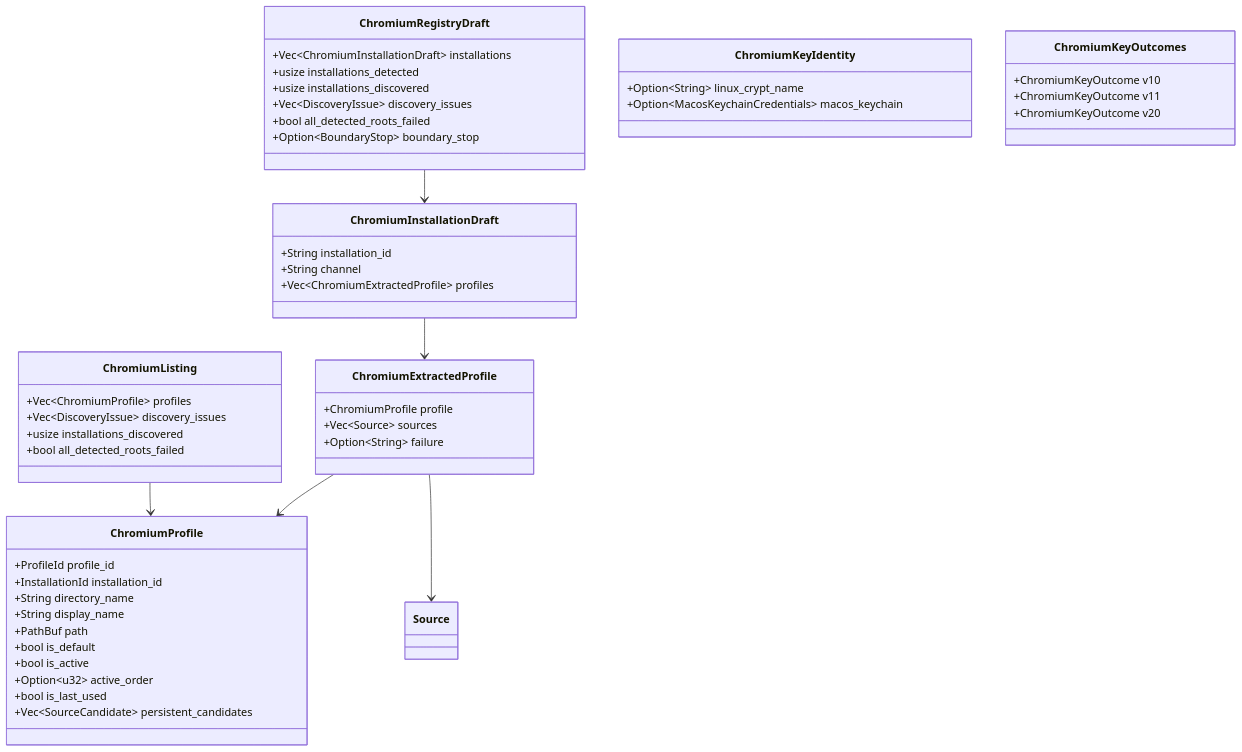
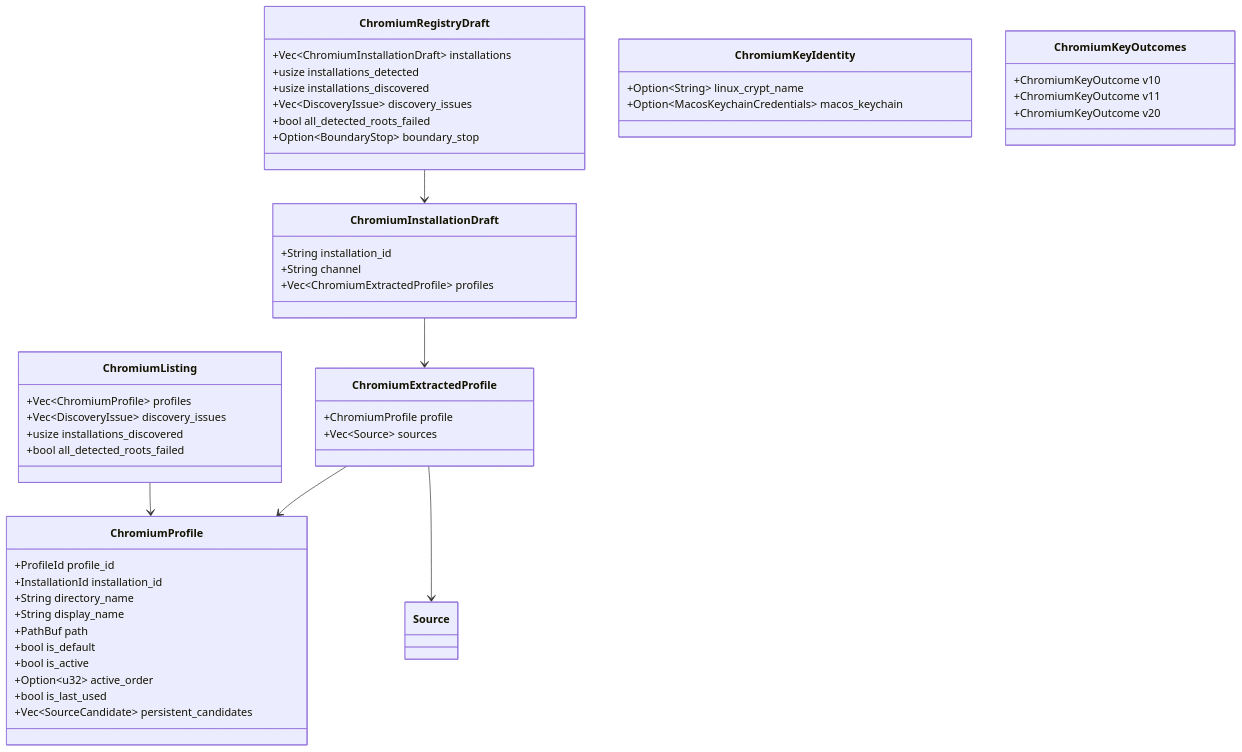
Before and after one commit to teng-lin/rookie: the fourth of 16 diagrams in docs/architecture.md, drawn with Mermaid. The commit also changed other lines of this file and 26 other files, not shown here.

````diff
--- a/docs/architecture.md
+++ b/docs/architecture.md
@@ -836,60 +837,59 @@
 ```mermaid
 classDiagram
   class ChromiumProfile {
     +ProfileId profile_id
     +InstallationId installation_id
     +String directory_name
     +String display_name
     +PathBuf path
     +bool is_default
     +bool is_active
     +Option~u32~ active_order
     +bool is_last_used
     +Vec~SourceCandidate~ persistent_candidates
   }
 
   class ChromiumExtractedProfile {
     +ChromiumProfile profile
     +Vec~Source~ sources
-    +Option~String~ failure
   }
 
   class ChromiumListing {
     +Vec~ChromiumProfile~ profiles
     +Vec~DiscoveryIssue~ discovery_issues
     +usize installations_discovered
     +bool all_detected_roots_failed
   }
 
   class ChromiumRegistryDraft {
     +Vec~ChromiumInstallationDraft~ installations
     +usize installations_detected
     +usize installations_discovered
     +Vec~DiscoveryIssue~ discovery_issues
     +bool all_detected_roots_failed
     +Option~BoundaryStop~ boundary_stop
   }
 
   class ChromiumInstallationDraft {
     +String installation_id
     +String channel
     +Vec~ChromiumExtractedProfile~ profiles
   }
 
   class ChromiumKeyIdentity {
     +Option~String~ linux_crypt_name
     +Option~MacosKeychainCredentials~ macos_keychain
   }
 
   class ChromiumKeyOutcomes {
     +ChromiumKeyOutcome v10
     +ChromiumKeyOutcome v11
     +ChromiumKeyOutcome v20
   }
 
   ChromiumExtractedProfile --> ChromiumProfile
   ChromiumExtractedProfile --> Source
   ChromiumListing --> ChromiumProfile
   ChromiumRegistryDraft --> ChromiumInstallationDraft
   ChromiumInstallationDraft --> ChromiumExtractedProfile
 ```
````
